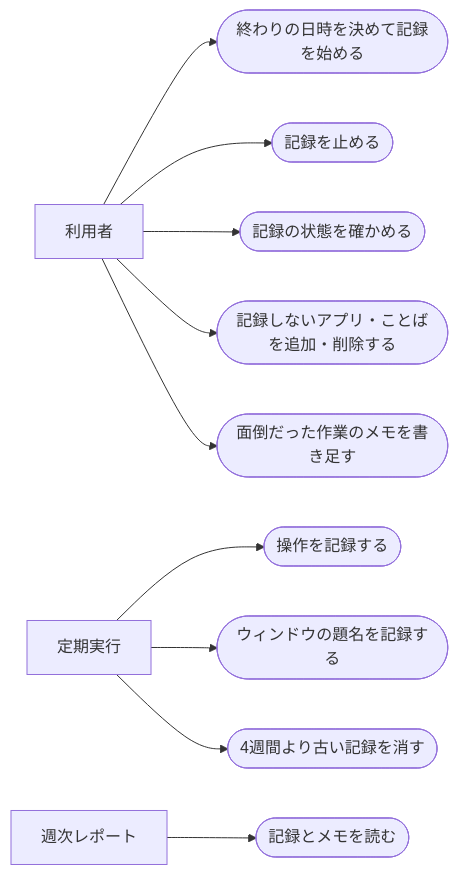
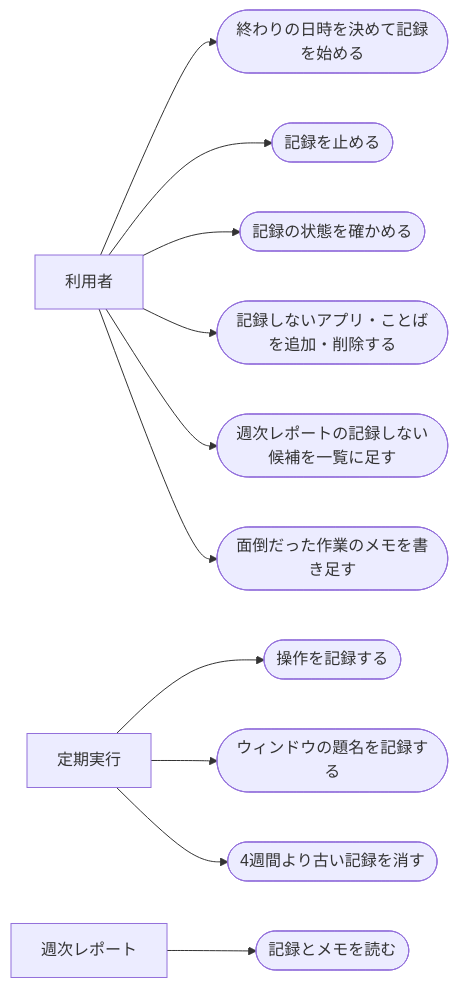
Before and after one commit to dnode-ryosuke-yamazaki/study: the diagram in apps/routine-work-finder/specs/activity-recording/requirements.md, drawn with Mermaid. The commit also changed other lines of this file and 9 other files, not shown here.

````diff
--- a/apps/routine-work-finder/specs/activity-recording/requirements.md
+++ b/apps/routine-work-finder/specs/activity-recording/requirements.md
@@ -26,12 +27,13 @@
 ```mermaid
 flowchart LR
     user["利用者"] --> start(["終わりの日時を決めて記録を始める"])
     user --> stop(["記録を止める"])
     user --> status(["記録の状態を確かめる"])
     user --> exclude(["記録しないアプリ・ことばを追加・削除する"])
+    user --> accept(["週次レポートの記録しない候補を一覧に足す"])
     user --> memo(["面倒だった作業のメモを書き足す"])
     timer["定期実行"] --> log(["操作を記録する"])
     timer --> content(["ウィンドウの題名を記録する"])
     timer --> purge(["4週間より古い記録を消す"])
     report["週次レポート"] --> read(["記録とメモを読む"])
 ```
````
